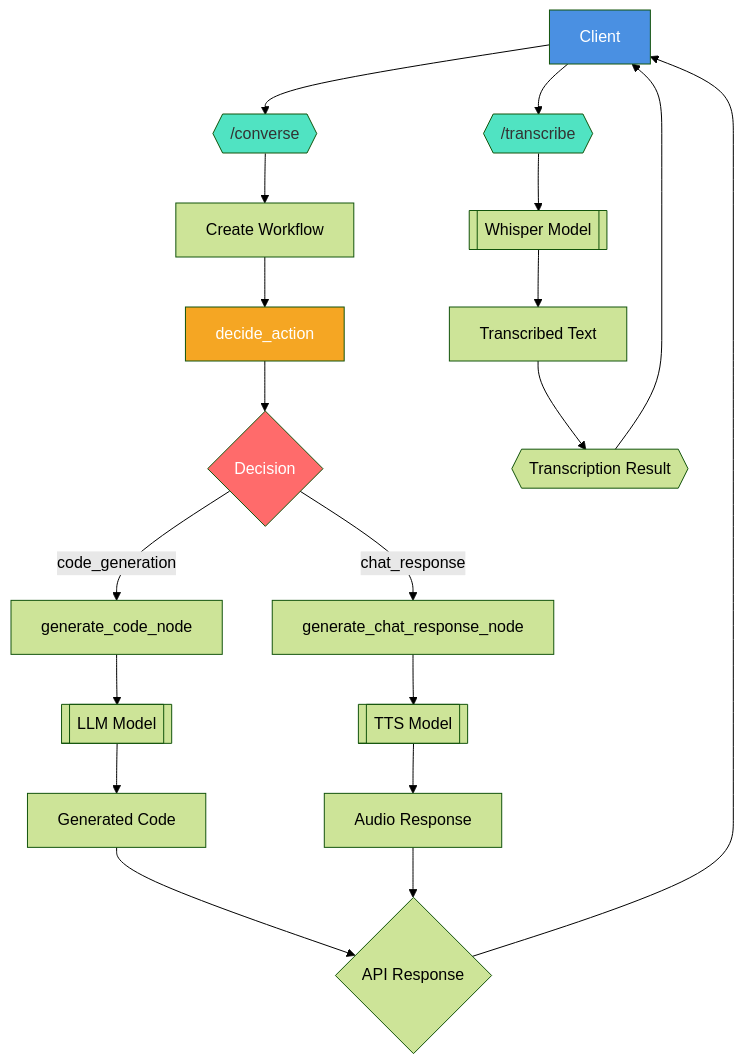
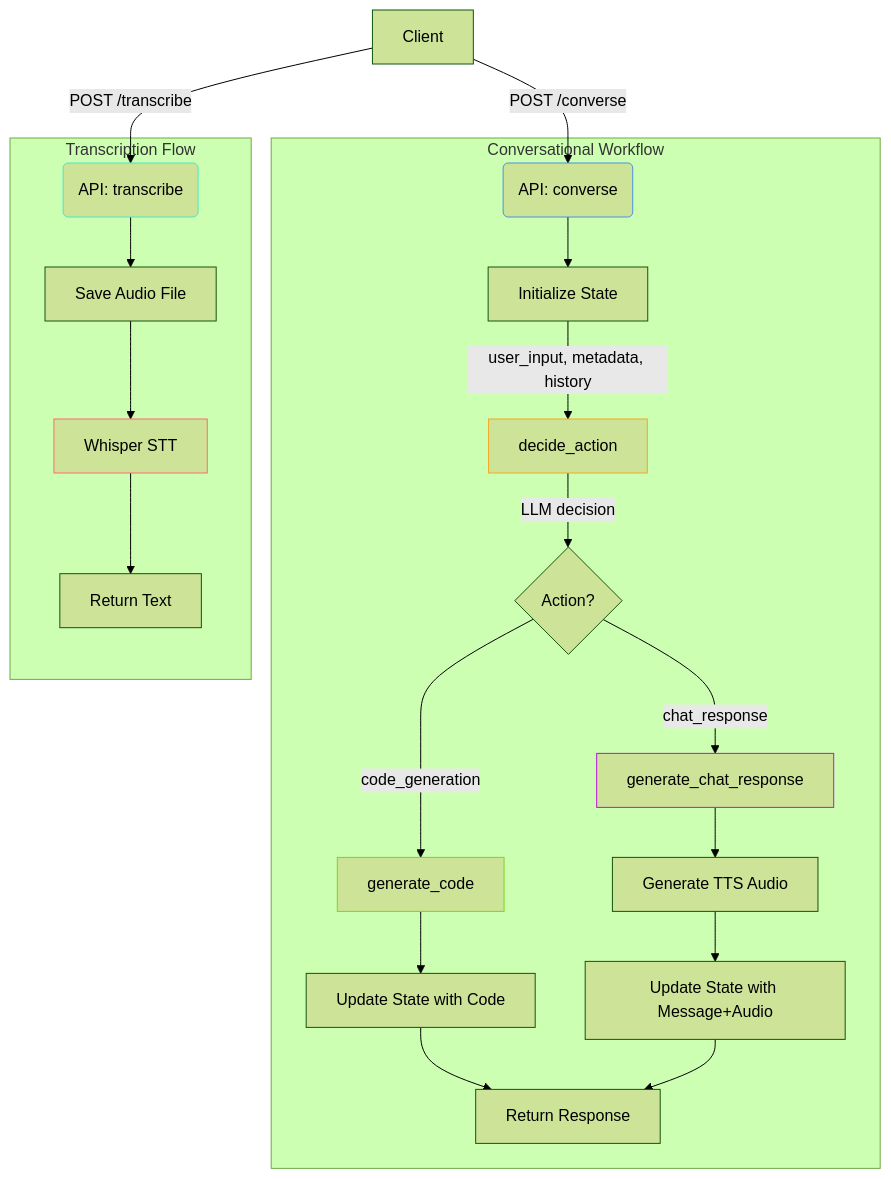
The diagram in README.md (mohammad-nour-alawad/Voice-to-Pandas-LLM-backend), drawn with Mermaid (forest theme) before and after one commit.

````diff
--- a/README.md
+++ b/README.md
@@ -49,33 +49,30 @@
 ```mermaid
 graph TD
-    A[Client] --> B{{/converse}}
-    A --> C{{/transcribe}}
+    A[Client] -->|POST /converse| B(API: converse)
+    A -->|POST /transcribe| C(API: transcribe)
     
-    B --> D[Create Workflow]
-    D --> E[decide_action]
-    E --> F{Decision}
+    subgraph Conversational Workflow
+        B --> D[Initialize State]
+        D -->|user_input, metadata, history| E[decide_action]
+        E -->|LLM decision| F{Action?}
+        F -->|code_generation| G[generate_code]
+        F -->|chat_response| H[generate_chat_response]
+        G --> I[Update State with Code]
+        H --> J[Generate TTS Audio]
+        J --> K[Update State with Message+Audio]
+        I & K --> L[Return Response]
+    end
     
-    F -->|code_generation| G[generate_code_node]
-    F -->|chat_response| H[generate_chat_response_node]
+    subgraph Transcription Flow
+        C --> M[Save Audio File]
+        M --> N[Whisper STT]
+        N --> O[Return Text]
+    end
     
-    G --> I[[LLM Model]]
-    H --> J[[TTS Model]]
-    C --> K[[Whisper Model]]
-    
-    I --> L[Generated Code]
-    J --> M[Audio Response]
-    K --> N[Transcribed Text]
-    
-    L --> O{API Response}
-    M --> O
-    N --> P{{Transcription Result}}
-    
-    O --> A
-    P --> A
-    
-    style A fill:#4A90E2,color:white
-    style B fill:#50E3C2,color:#333
-    style C fill:#50E3C2,color:#333
-    style E fill:#F5A623,color:white
-    style F fill:#FF6B6B,color:white
+    style B stroke:#4a90e2
+    style C stroke:#50e3c2
+    style E stroke:#f5a623
+    style G stroke:#7ed321
+    style H stroke:#bd10e0
+    style N stroke:#ff6b6b
 ```
````
